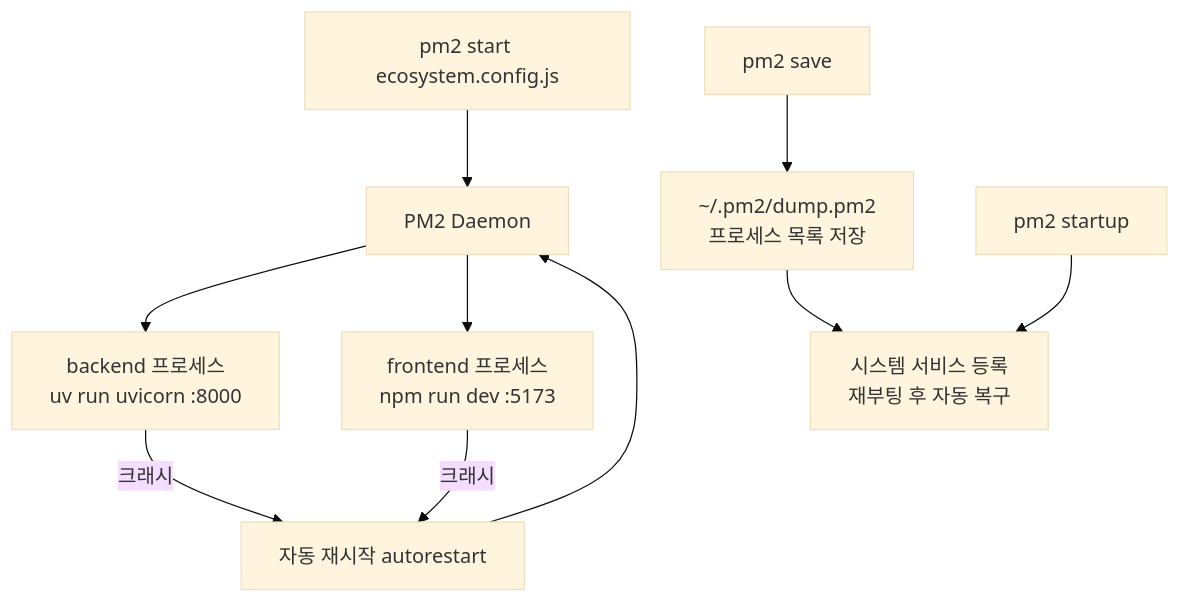
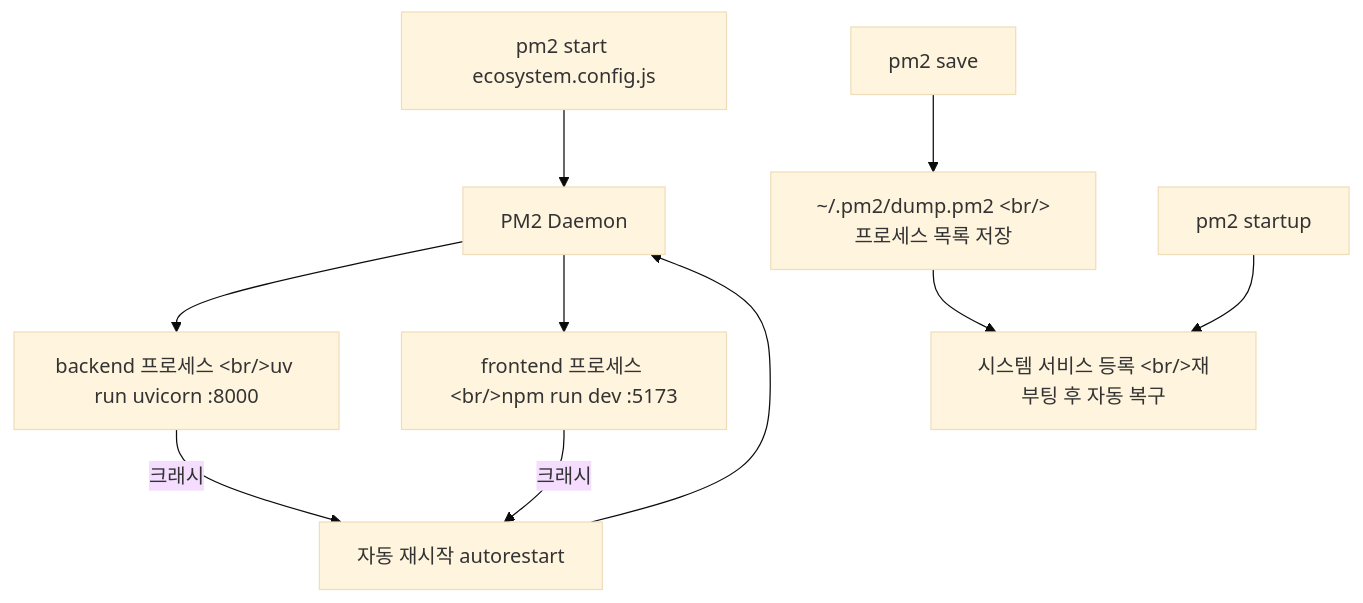
One commit to ice-ice-bear/ice-ice-bear.github.io changed the first of 2 diagrams in content/posts/2026-02-25-pm2-process-manager-ecosystem.md. Above: the diagram before and after it, drawn with Mermaid (base theme). The commit also changed other lines of this file and 5 other files, not shown here.

First line of the commit message:
fix: use HTML entities for <br/> in mermaid labels to prevent Hugo safeHTML rendering

````diff
--- a/content/posts/2026-02-25-pm2-process-manager-ecosystem.md
+++ b/content/posts/2026-02-25-pm2-process-manager-ecosystem.md
@@ -15,12 +15,12 @@
 ```mermaid
 graph TD
     A[pm2 start ecosystem.config.js] --> B[PM2 Daemon]
-    B --> C["backend 프로세스<br/>uv run uvicorn :8000"]
-    B --> D["frontend 프로세스<br/>npm run dev :5173"]
+    B --> C["backend 프로세스 &lt;br/&gt;uv run uvicorn :8000"]
+    B --> D["frontend 프로세스 &lt;br/&gt;npm run dev :5173"]
     C -->|크래시| E[자동 재시작 autorestart]
     D -->|크래시| E
     E --> B
-    F[pm2 save] --> G["~/.pm2/dump.pm2<br/>프로세스 목록 저장"]
-    H[pm2 startup] --> I["시스템 서비스 등록<br/>재부팅 후 자동 복구"]
+    F[pm2 save] --> G["~/.pm2/dump.pm2 &lt;br/&gt;프로세스 목록 저장"]
+    H[pm2 startup] --> I["시스템 서비스 등록 &lt;br/&gt;재부팅 후 자동 복구"]
     G --> I
 ```
````
